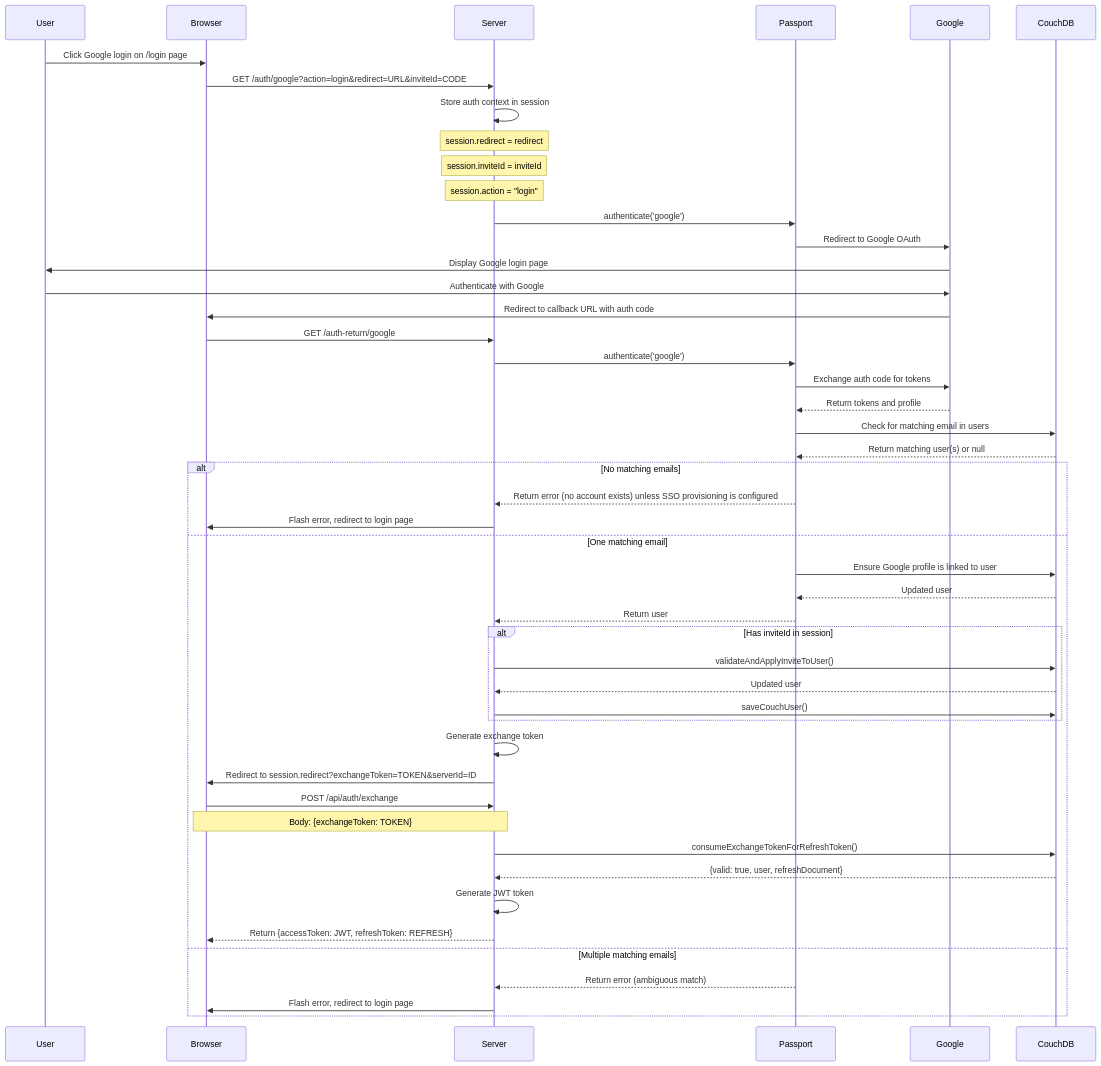
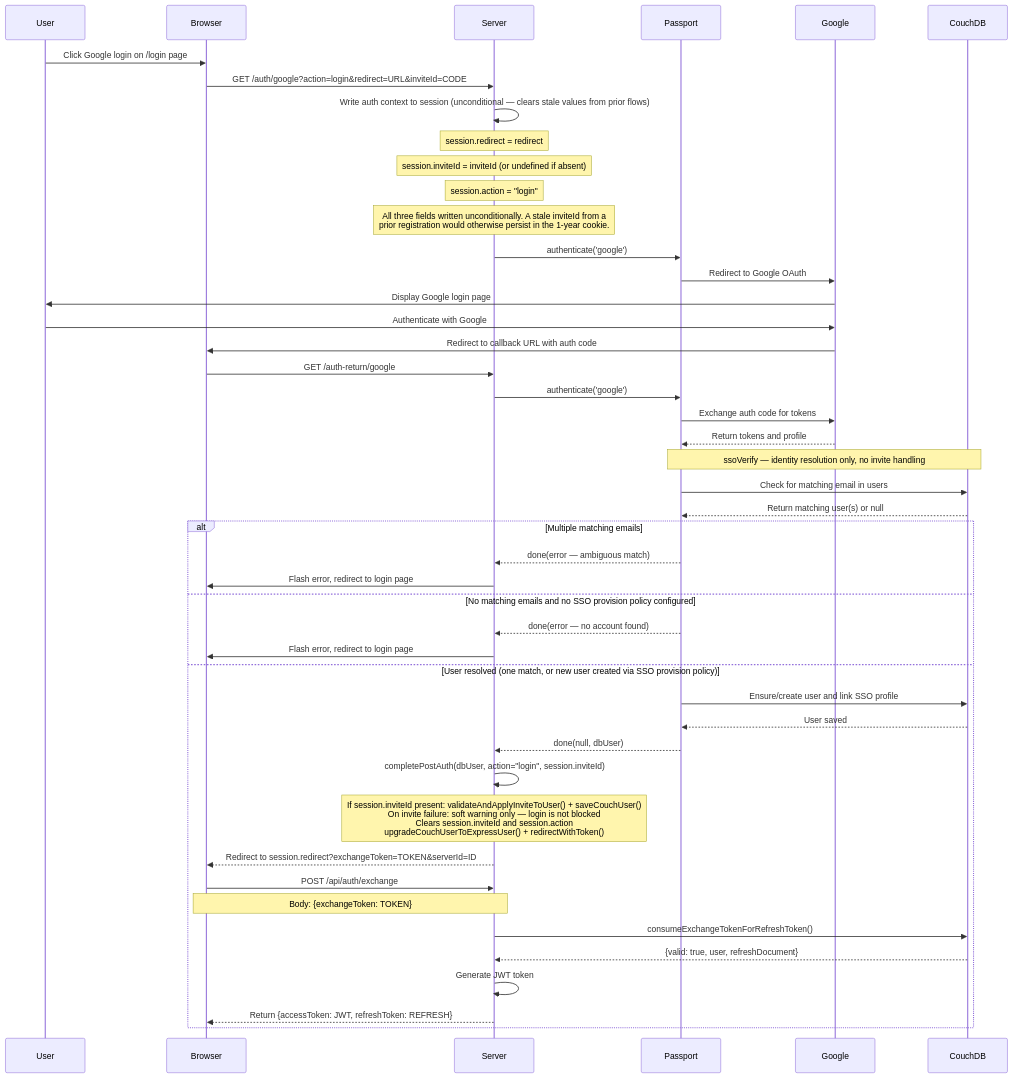
One commit to FAIMS/FAIMS3 changed the fourth of 5 diagrams in docs/developer/docs/source/markdown/Authorisation/PassportAuth.md. Above: the diagram before and after it, drawn with Mermaid. The commit also changed other lines of this file and 1 other file, not shown here.

Commit message:
update developer docs for auth changes

````diff
--- a/docs/developer/docs/source/markdown/Authorisation/PassportAuth.md
+++ b/docs/developer/docs/source/markdown/Authorisation/PassportAuth.md
@@ -247,61 +292,58 @@
 ```mermaid
 sequenceDiagram
     participant User
     participant Browser
     participant Server
     participant Passport
     participant Google
     participant CouchDB
 
     User->>Browser: Click Google login on /login page
     Browser->>Server: GET /auth/google?action=login&redirect=URL&inviteId=CODE
 
-    Server->>Server: Store auth context in session
+    Server->>Server: Write auth context to session (unconditional — clears stale values from prior flows)
     Note over Server: session.redirect = redirect
-    Note over Server: session.inviteId = inviteId
+    Note over Server: session.inviteId = inviteId (or undefined if absent)
     Note over Server: session.action = "login"
+    Note over Server: All three fields written unconditionally. A stale inviteId from a<br/>prior registration would otherwise persist in the 1-year cookie.
 
     Server->>Passport: authenticate('google')
     Passport->>Google: Redirect to Google OAuth
     Google->>User: Display Google login page
     User->>Google: Authenticate with Google
     Google->>Browser: Redirect to callback URL with auth code
 
     Browser->>Server: GET /auth-return/google
     Server->>Passport: authenticate('google')
     Passport->>Google: Exchange auth code for tokens
     Google-->>Passport: Return tokens and profile
 
+    Note over Passport,CouchDB: ssoVerify — identity resolution only, no invite handling
     Passport->>CouchDB: Check for matching email in users
     CouchDB-->>Passport: Return matching user(s) or null
 
-    alt No matching emails
-        Passport-->>Server: Return error (no account exists) unless SSO provisioning is configured
+    alt Multiple matching emails
+        Passport-->>Server: done(error — ambiguous match)
         Server->>Browser: Flash error, redirect to login page
-    else One matching email
-        Passport->>CouchDB: Ensure Google profile is linked to user
-        CouchDB-->>Passport: Updated user
-        Passport-->>Server: Return user
+    else No matching emails and no SSO provision policy configured
+        Passport-->>Server: done(error — no account found)
+        Server->>Browser: Flash error, redirect to login page
+    else User resolved (one match, or new user created via SSO provision policy)
+        Passport->>CouchDB: Ensure/create user and link SSO profile
+        CouchDB-->>Passport: User saved
+        Passport-->>Server: done(null, dbUser)
 
-        alt Has inviteId in session
-            Server->>CouchDB: validateAndApplyInviteToUser()
-            CouchDB-->>Server: Updated user
-            Server->>CouchDB: saveCouchUser()
-        end
-
-        Server->>Server: Generate exchange token
-        Server->>Browser: Redirect to session.redirect?exchangeToken=TOKEN&serverId=ID
+        Server->>Server: completePostAuth(dbUser, action="login", session.inviteId)
+        Note over Server: If session.inviteId present: validateAndApplyInviteToUser() + saveCouchUser()<br/>On invite failure: soft warning only — login is not blocked<br/>Clears session.inviteId and session.action<br/>upgradeCouchUserToExpressUser() + redirectWithToken()
+        Server-->>Browser: Redirect to session.redirect?exchangeToken=TOKEN&serverId=ID
 
         Browser->>Server: POST /api/auth/exchange
         Note over Browser,Server: Body: {exchangeToken: TOKEN}
 
         Server->>CouchDB: consumeExchangeTokenForRefreshToken()
         CouchDB-->>Server: {valid: true, user, refreshDocument}
 
         Server->>Server: Generate JWT token
         Server-->>Browser: Return {accessToken: JWT, refreshToken: REFRESH}
-    else Multiple matching emails
-        Passport-->>Server: Return error (ambiguous match)
-        Server->>Browser: Flash error, redirect to login page
     end
 ```
````
